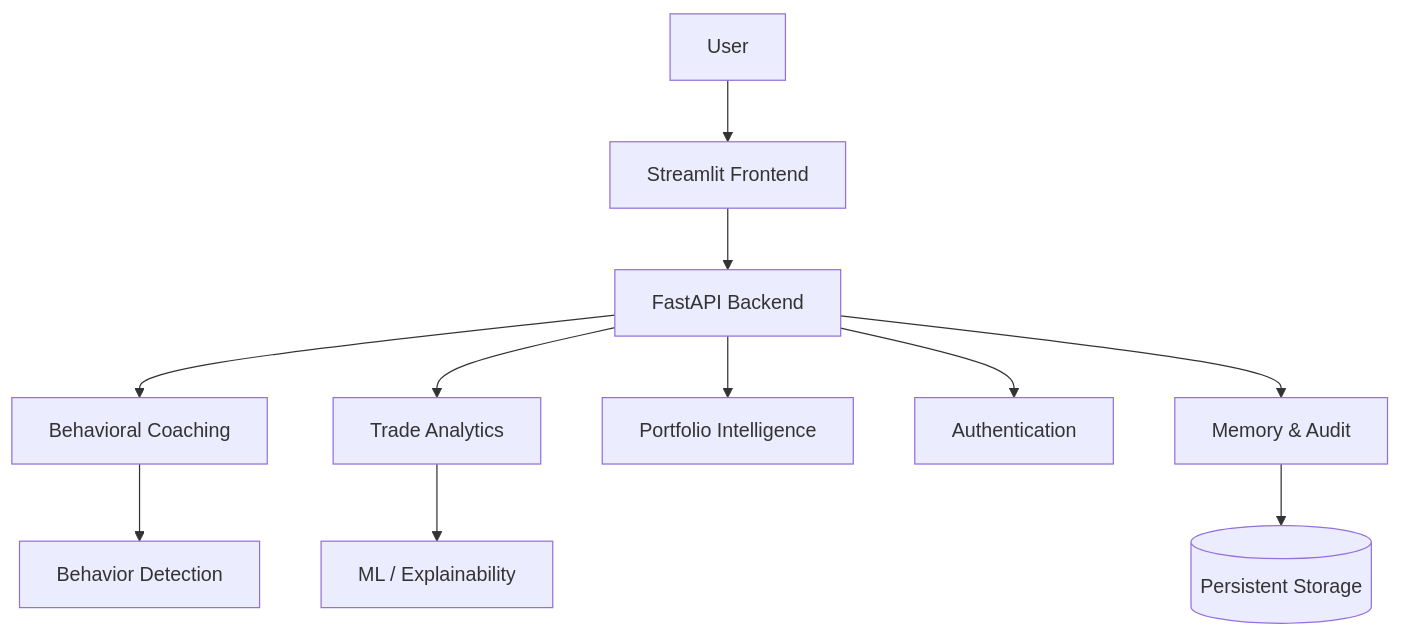
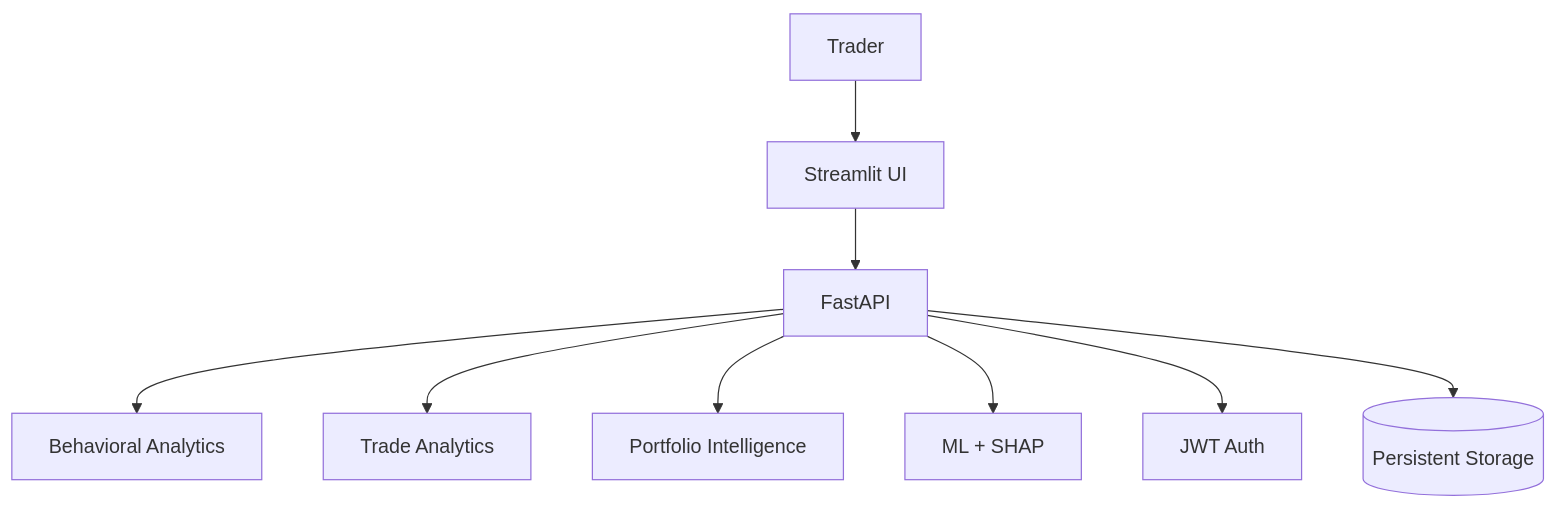
The diagram in Readme.md (Piyu242005/AI-Trading-Coach), drawn with Mermaid before and after one commit. The commit also changed other lines of this file, not shown here.

````diff
--- a/Readme.md
+++ b/Readme.md
@@ -76,13 +25,11 @@
 ```mermaid
 graph TD
-    A[User] --> B[Streamlit Frontend]
-    B --> C[FastAPI Backend]
-    C --> D[Behavioral Coaching]
-    C --> E[Trade Analytics]
-    C --> F[Portfolio Intelligence]
-    C --> G[Authentication]
-    C --> H[Memory & Audit]
-    D --> I[Behavior Detection]
-    E --> J[ML / Explainability]
-    H --> K[(Persistent Storage)]
+    U[Trader] --> S[Streamlit UI]
+    S --> A[FastAPI]
+    A --> B[Behavioral Analytics]
+    A --> T[Trade Analytics]
+    A --> P[Portfolio Intelligence]
+    A --> M[ML + SHAP]
+    A --> AU[JWT Auth]
+    A --> DB[(Persistent Storage)]
 ```
````
